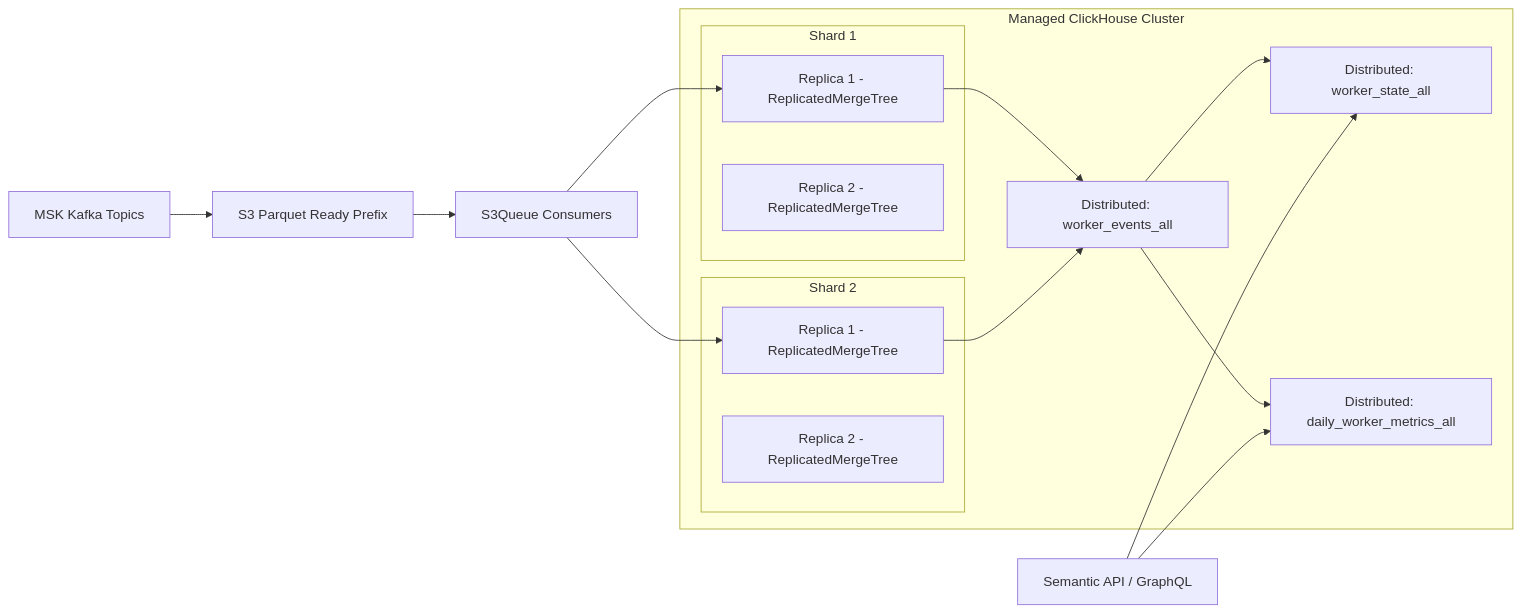
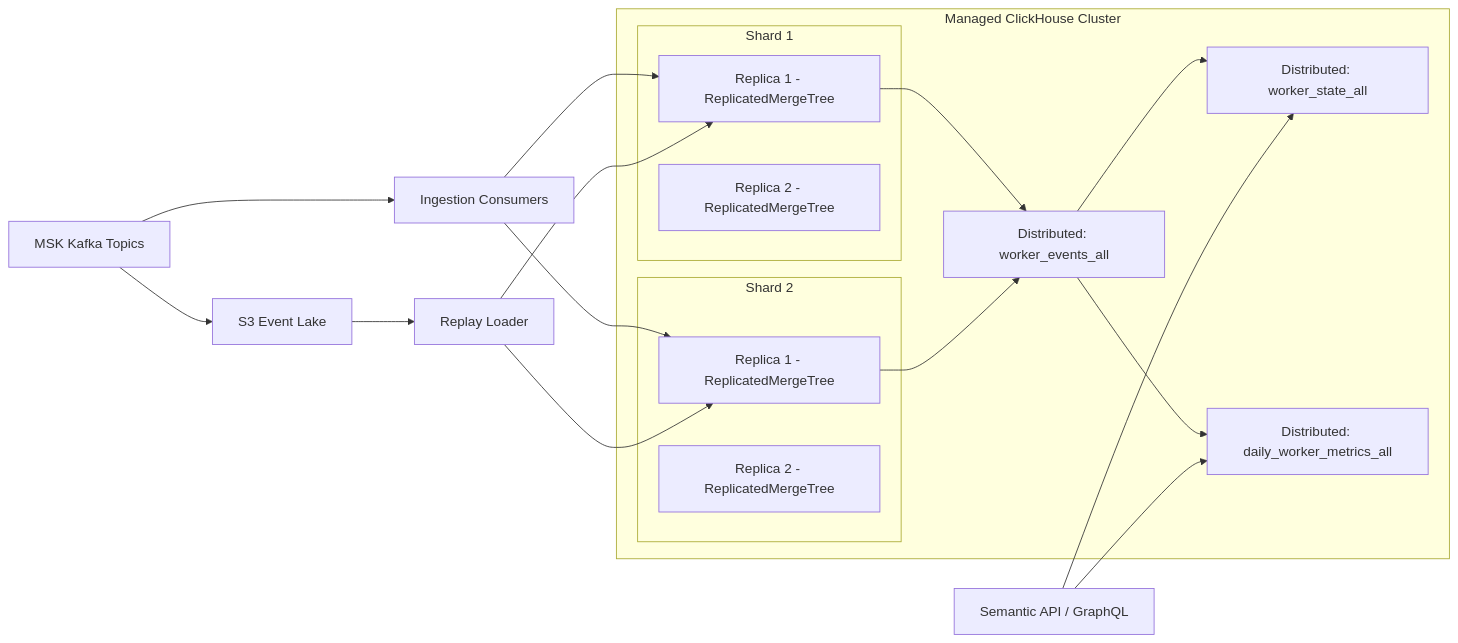
Before and after one commit to harshavardhan-99/-SQL-Engine-: the second of 2 diagrams in docs/system-design-spec-30-40gb-ingestion.md, drawn with Mermaid. The commit also changed other lines of this file and 7 other files, not shown here.

Commit message:
Rearchitect docs to parallel ingestion with reliability controls

````diff
--- a/docs/system-design-spec-30-40gb-ingestion.md
+++ b/docs/system-design-spec-30-40gb-ingestion.md
@@ -303,30 +294,34 @@
 ```mermaid
 flowchart LR
-  Kafka["MSK Kafka Topics"] --> S3["S3 Parquet Ready Prefix"]
-  S3 --> Ingest["S3Queue Consumers"]
+  Kafka["MSK Kafka Topics"] --> Ingest["Ingestion Consumers"]
+  Kafka --> Lake["S3 Event Lake"]
 
   subgraph CH["Managed ClickHouse Cluster"]
     subgraph S1["Shard 1"]
       S1R1["Replica 1 - ReplicatedMergeTree"]
       S1R2["Replica 2 - ReplicatedMergeTree"]
     end
     subgraph S2["Shard 2"]
       S2R1["Replica 1 - ReplicatedMergeTree"]
       S2R2["Replica 2 - ReplicatedMergeTree"]
     end
 
     DistRaw["Distributed: worker_events_all"]
     DistState["Distributed: worker_state_all"]
     DistAgg["Distributed: daily_worker_metrics_all"]
   end
 
   Ingest --> S1R1
   Ingest --> S2R1
+  Lake --> Replay["Replay Loader"]
+  Replay --> S1R1
+  Replay --> S2R1
+
   S1R1 --> DistRaw
   S2R1 --> DistRaw
   DistRaw --> DistState
   DistRaw --> DistAgg
 
   API["Semantic API / GraphQL"] --> DistState
   API --> DistAgg
 ```
````
